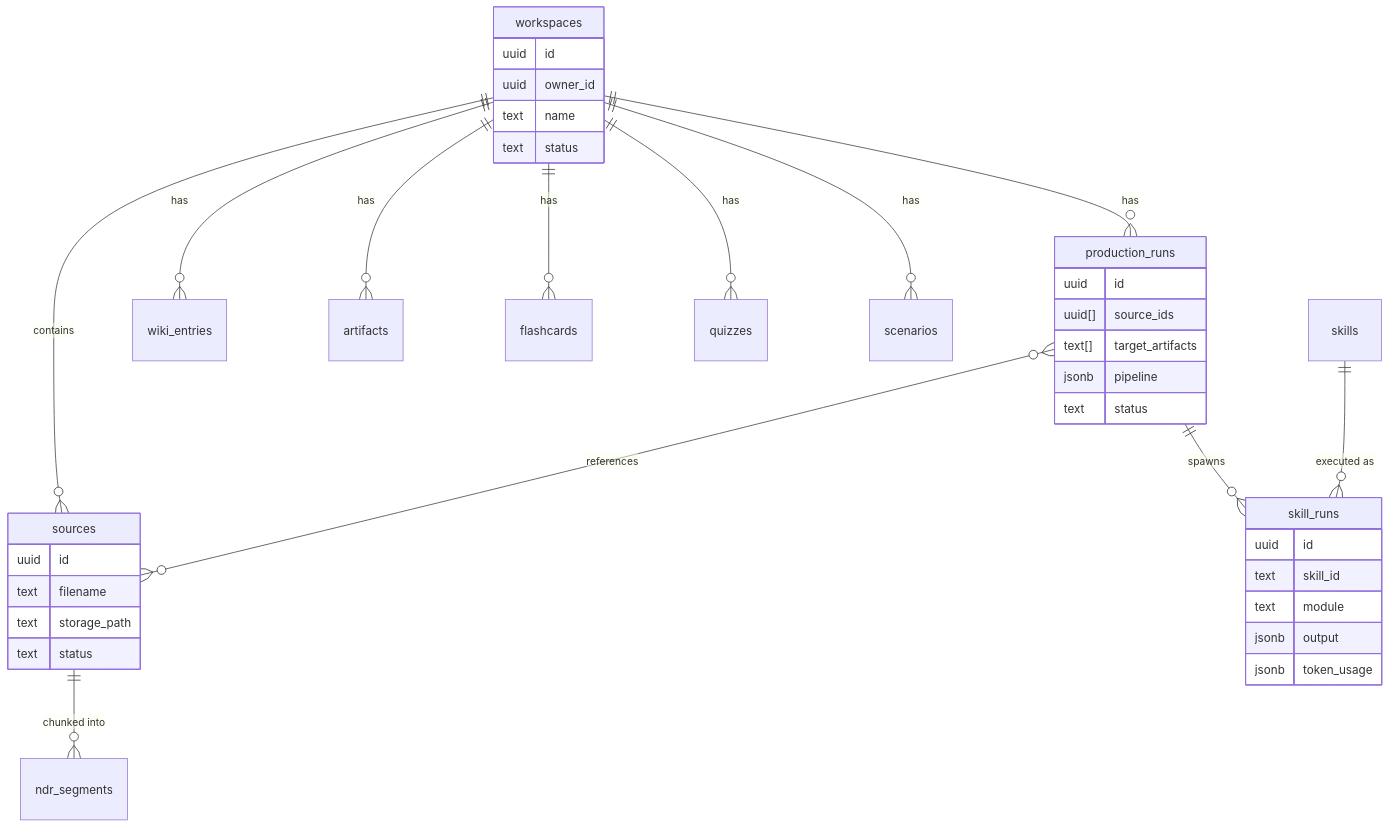
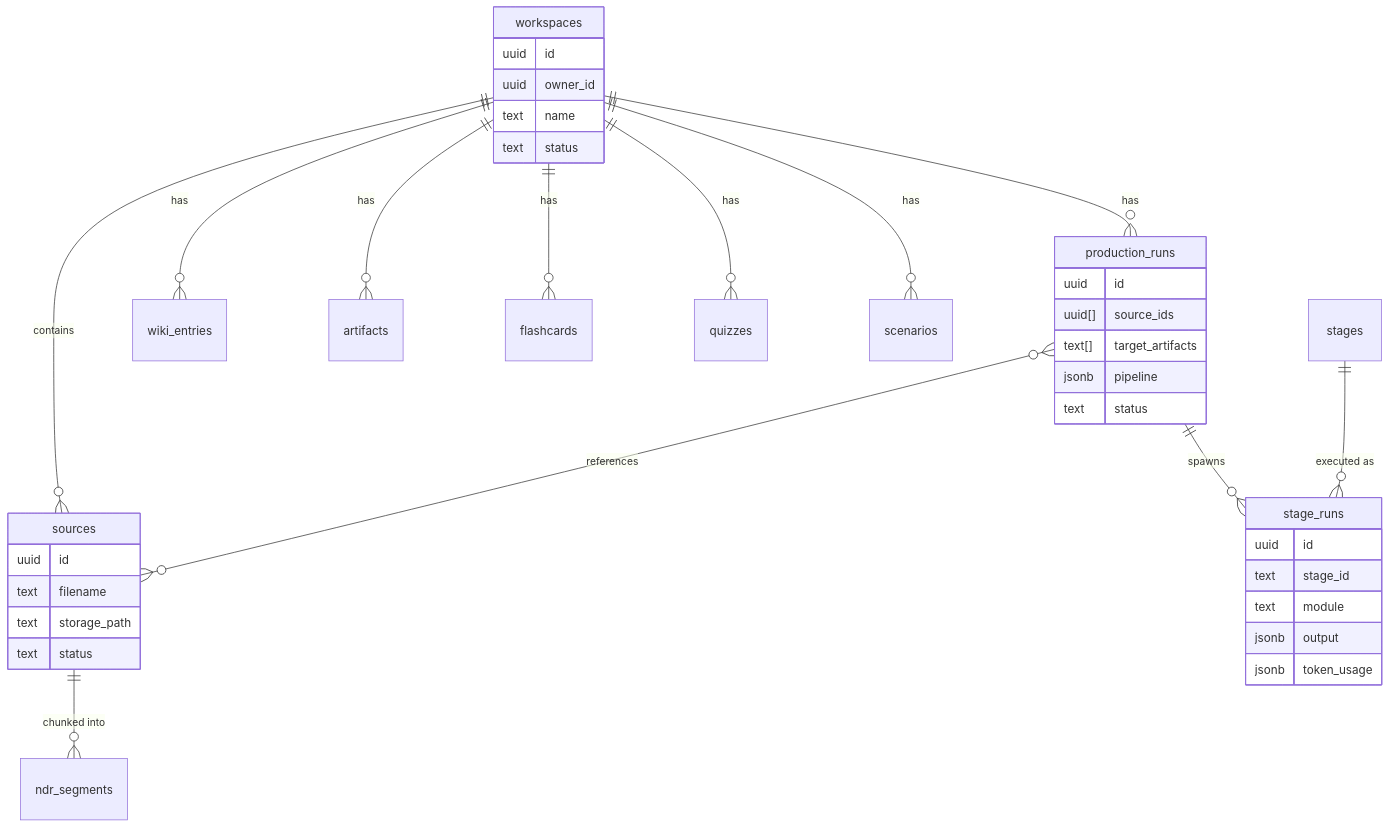
Before and after one commit to lucas-spitzer/BriefWorks: the sixth of 6 diagrams in README.md, drawn with Mermaid. The commit also changed other lines of this file and 131 other files, not shown here.

First line of the commit message:
Skills To Stages

````diff
--- a/README.md
+++ b/README.md
@@ -206,41 +206,41 @@
 ```mermaid
 erDiagram
     workspaces ||--o{ sources : contains
     workspaces ||--o{ production_runs : has
     workspaces ||--o{ wiki_entries : has
     workspaces ||--o{ artifacts : has
     workspaces ||--o{ flashcards : has
     workspaces ||--o{ quizzes : has
     workspaces ||--o{ scenarios : has
-    production_runs ||--o{ skill_runs : spawns
+    production_runs ||--o{ stage_runs : spawns
     production_runs }o--o{ sources : references
     sources ||--o{ ndr_segments : "chunked into"
-    skills ||--o{ skill_runs : "executed as"
+    stages ||--o{ stage_runs : "executed as"
 
     workspaces {
         uuid id
         uuid owner_id
         text name
         text status
     }
     sources {
         uuid id
         text filename
         text storage_path
         text status
     }
     production_runs {
         uuid id
         uuid[] source_ids
         text[] target_artifacts
         jsonb pipeline
         text status
     }
-    skill_runs {
+    stage_runs {
         uuid id
-        text skill_id
+        text stage_id
         text module
         jsonb output
         jsonb token_usage
     }
 ```
````
